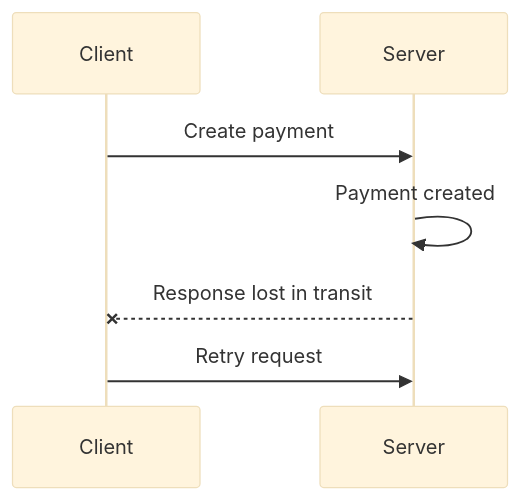
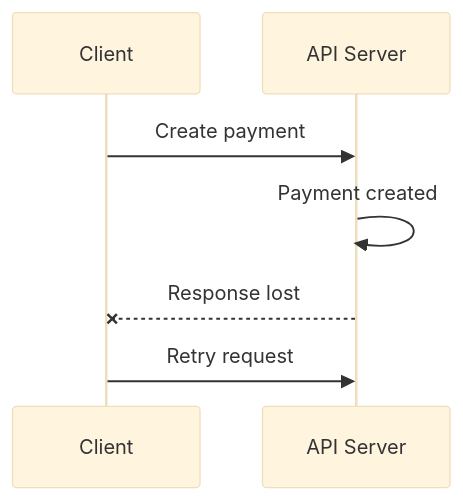
The second of 4 diagrams in src/content/api-design/idempotency-http-methods.md (AvadhBhalodiya/Interview-Preparation), drawn with Mermaid (base theme) before and after one commit. The commit also changed other lines of this file and 54 other files, not shown here.

````diff
--- a/src/content/api-design/idempotency-http-methods.md
+++ b/src/content/api-design/idempotency-http-methods.md
@@ -135,10 +112,10 @@
 ```mermaid
 sequenceDiagram
     participant C as Client
-    participant S as Server
+    participant API as API Server
 
-    C->>S: Create payment
-    S->>S: Payment created
-    S--xC: Response lost in transit
-    C->>S: Retry request
+    C->>API: Create payment
+    API->>API: Payment created
+    API--xC: Response lost
+    C->>API: Retry request
 ```
````
